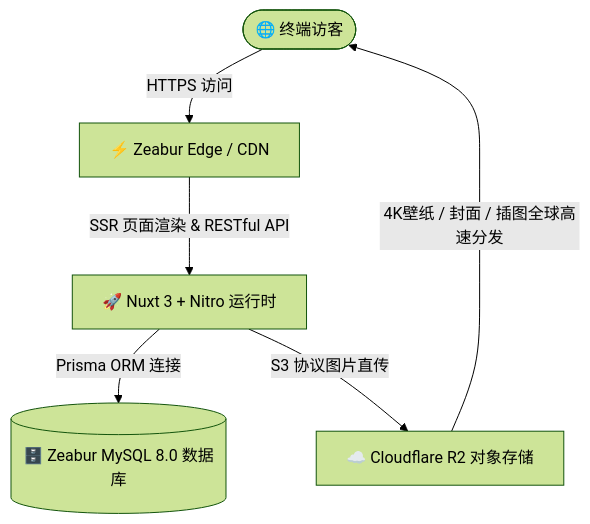
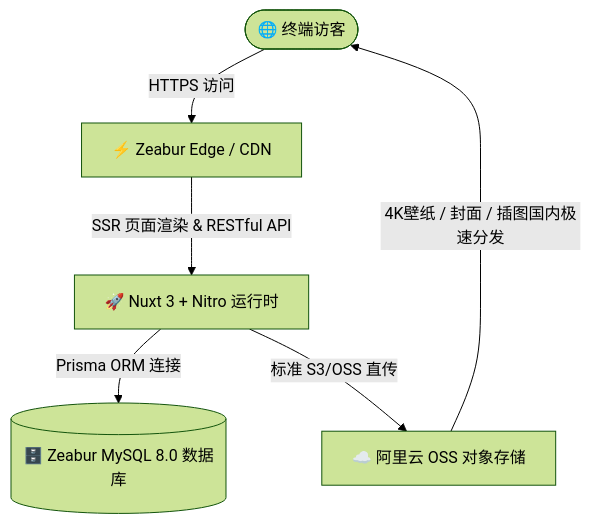
One commit to lka-top/mystic-garden changed the diagram in DEPLOYMENT.md. Above: the diagram before and after it, drawn with Mermaid (forest theme). The commit also changed other lines of this file and 1 other file, not shown here.

Commit message:
docs(deploy): switch OSS setup documentation and env template to Alibaba Cloud OSS

````diff
--- a/DEPLOYMENT.md
+++ b/DEPLOYMENT.md
@@ -9,8 +9,8 @@
 ```mermaid
 graph TD
     User([🌐 终端访客]) -->|HTTPS 访问| ZB_Edge[⚡ Zeabur Edge / CDN]
     ZB_Edge -->|SSR 页面渲染 & RESTful API| NuxtApp[🚀 Nuxt 3 + Nitro 运行时]
     NuxtApp -->|Prisma ORM 连接| MySQL[(🗄️ Zeabur MySQL 8.0 数据库)]
-    NuxtApp -->|S3 协议图片直传| R2[☁️ Cloudflare R2 对象存储]
-    R2 -->|4K壁纸 / 封面 / 插图全球高速分发| User
+    NuxtApp -->|标准 S3/OSS 直传| AliyunOSS[☁️ 阿里云 OSS 对象存储]
+    AliyunOSS -->|4K壁纸 / 封面 / 插图国内极速分发| User
 ```
````
